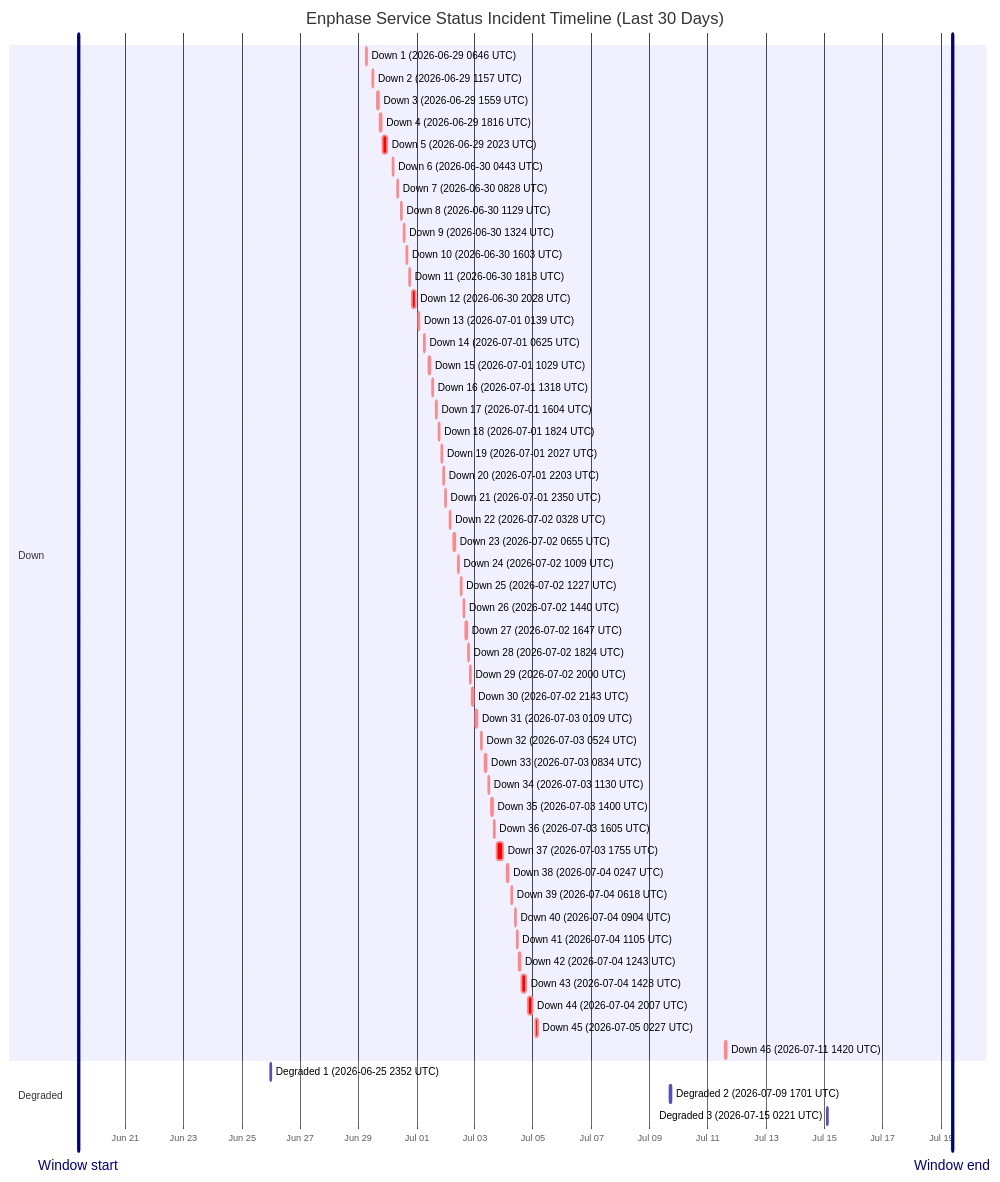
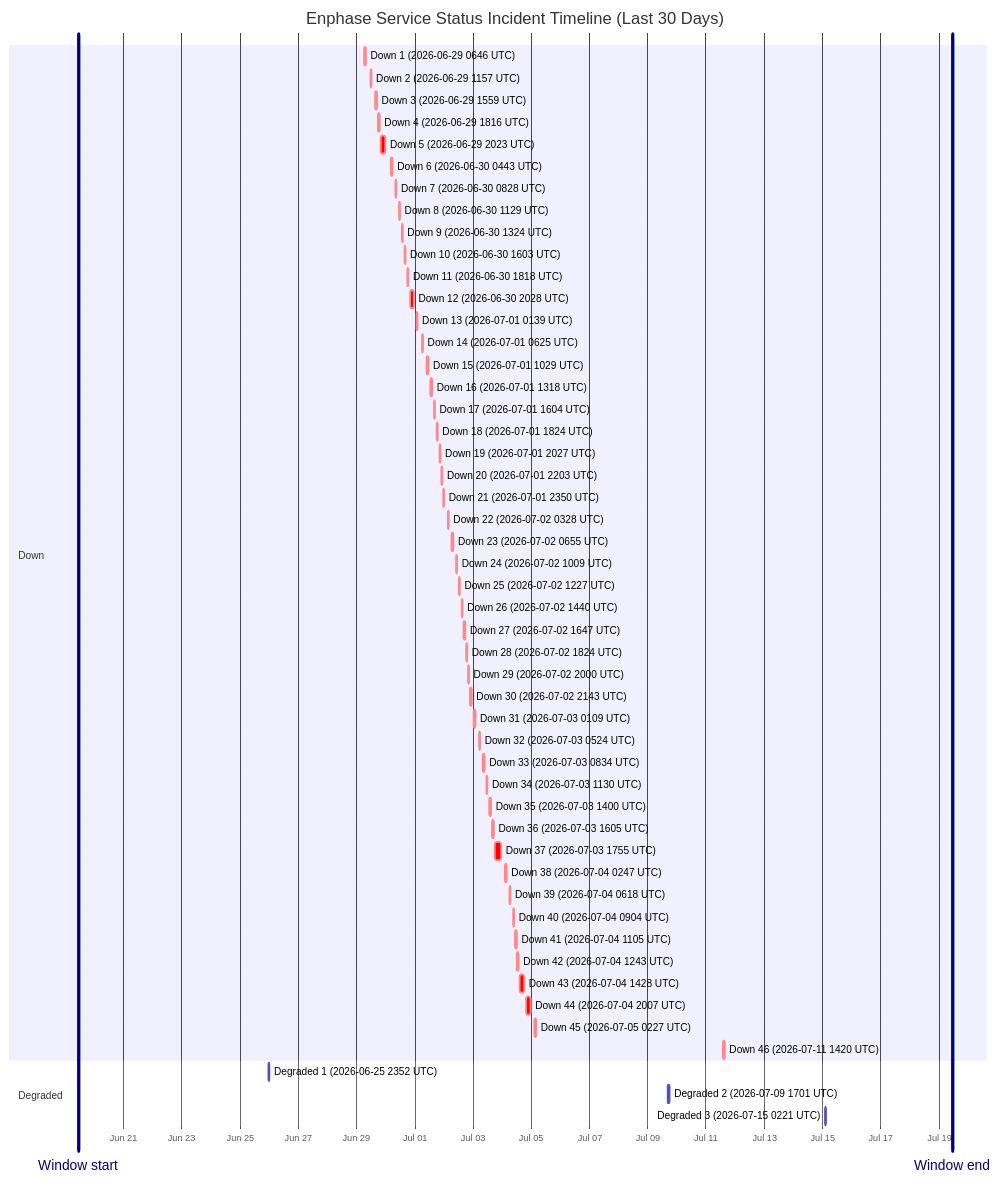
One commit to barneyonline/ha-enphase-energy changed the diagram in wiki/Service-Status-History.md. Above: the diagram before and after it, drawn with Mermaid. The commit also changed other lines of this file and 3 other files, not shown here.

````diff
--- a/wiki/Service-Status-History.md
+++ b/wiki/Service-Status-History.md
@@ -14,59 +14,59 @@
 ```mermaid
 gantt
     title Enphase Service Status Incident Timeline (Last 30 Days)
     dateFormat  YYYY-MM-DDTHH:mm:ss
     axisFormat  %b %d
-    Window start :vert, window-start, 2026-06-19T09:26:13, 0ms
-    Window end :vert, window-end, 2026-07-19T09:26:13, 0ms
+    Window start :vert, window-start, 2026-06-19T10:53:02, 0ms
+    Window end :vert, window-end, 2026-07-19T10:53:02, 0ms
     section Down
     Down 1 (2026-06-29 0646 UTC) :crit, down-1, 2026-06-29T06:46:18, 60m
     Down 2 (2026-06-29 1157 UTC) :crit, down-2, 2026-06-29T11:57:36, 60m
     Down 3 (2026-06-29 1559 UTC) :crit, down-3, 2026-06-29T15:59:02, 60m
     Down 4 (2026-06-29 1816 UTC) :crit, down-4, 2026-06-29T18:16:38, 60m
     Down 5 (2026-06-29 2023 UTC) :crit, down-5, 2026-06-29T20:23:16, 220m
     Down 6 (2026-06-30 0443 UTC) :crit, down-6, 2026-06-30T04:43:54, 60m
     Down 7 (2026-06-30 0828 UTC) :crit, down-7, 2026-06-30T08:28:43, 60m
     Down 8 (2026-06-30 1129 UTC) :crit, down-8, 2026-06-30T11:29:15, 60m
     Down 9 (2026-06-30 1324 UTC) :crit, down-9, 2026-06-30T13:24:25, 60m
     Down 10 (2026-06-30 1603 UTC) :crit, down-10, 2026-06-30T16:03:26, 60m
     Down 11 (2026-06-30 1818 UTC) :crit, down-11, 2026-06-30T18:18:39, 60m
     Down 12 (2026-06-30 2028 UTC) :crit, down-12, 2026-06-30T20:28:54, 171m
     Down 13 (2026-07-01 0139 UTC) :crit, down-13, 2026-07-01T01:39:18, 60m
     Down 14 (2026-07-01 0625 UTC) :crit, down-14, 2026-07-01T06:25:35, 60m
     Down 15 (2026-07-01 1029 UTC) :crit, down-15, 2026-07-01T10:29:24, 60m
     Down 16 (2026-07-01 1318 UTC) :crit, down-16, 2026-07-01T13:18:31, 60m
     Down 17 (2026-07-01 1604 UTC) :crit, down-17, 2026-07-01T16:04:29, 60m
     Down 18 (2026-07-01 1824 UTC) :crit, down-18, 2026-07-01T18:24:21, 60m
     Down 19 (2026-07-01 2027 UTC) :crit, down-19, 2026-07-01T20:27:17, 60m
     Down 20 (2026-07-01 2203 UTC) :crit, down-20, 2026-07-01T22:03:46, 60m
     Down 21 (2026-07-01 2350 UTC) :crit, down-21, 2026-07-01T23:50:52, 60m
     Down 22 (2026-07-02 0328 UTC) :crit, down-22, 2026-07-02T03:28:33, 60m
     Down 23 (2026-07-02 0655 UTC) :crit, down-23, 2026-07-02T06:55:07, 60m
     Down 24 (2026-07-02 1009 UTC) :crit, down-24, 2026-07-02T10:09:15, 60m
     Down 25 (2026-07-02 1227 UTC) :crit, down-25, 2026-07-02T12:27:49, 60m
     Down 26 (2026-07-02 1440 UTC) :crit, down-26, 2026-07-02T14:40:53, 60m
     Down 27 (2026-07-02 1647 UTC) :crit, down-27, 2026-07-02T16:47:47, 60m
     Down 28 (2026-07-02 1824 UTC) :crit, down-28, 2026-07-02T18:24:26, 60m
     Down 29 (2026-07-02 2000 UTC) :crit, down-29, 2026-07-02T20:00:57, 60m
     Down 30 (2026-07-02 2143 UTC) :crit, down-30, 2026-07-02T21:43:52, 80m
     Down 31 (2026-07-03 0109 UTC) :crit, down-31, 2026-07-03T01:09:19, 60m
     Down 32 (2026-07-03 0524 UTC) :crit, down-32, 2026-07-03T05:24:23, 60m
     Down 33 (2026-07-03 0834 UTC) :crit, down-33, 2026-07-03T08:34:05, 60m
     Down 34 (2026-07-03 1130 UTC) :crit, down-34, 2026-07-03T11:30:41, 60m
     Down 35 (2026-07-03 1400 UTC) :crit, down-35, 2026-07-03T14:00:48, 60m
     Down 36 (2026-07-03 1605 UTC) :crit, down-36, 2026-07-03T16:05:49, 60m
     Down 37 (2026-07-03 1755 UTC) :crit, down-37, 2026-07-03T17:55:54, 338m
     Down 38 (2026-07-04 0247 UTC) :crit, down-38, 2026-07-04T02:47:22, 60m
     Down 39 (2026-07-04 0618 UTC) :crit, down-39, 2026-07-04T06:18:09, 60m
     Down 40 (2026-07-04 0904 UTC) :crit, down-40, 2026-07-04T09:04:41, 60m
     Down 41 (2026-07-04 1105 UTC) :crit, down-41, 2026-07-04T11:05:21, 60m
     Down 42 (2026-07-04 1243 UTC) :crit, down-42, 2026-07-04T12:43:25, 60m
     Down 43 (2026-07-04 1428 UTC) :crit, down-43, 2026-07-04T14:28:07, 243m
     Down 44 (2026-07-04 2007 UTC) :crit, down-44, 2026-07-04T20:07:50, 206m
     Down 45 (2026-07-05 0227 UTC) :crit, down-45, 2026-07-05T02:27:32, 109m
     Down 46 (2026-07-11 1420 UTC) :crit, down-46, 2026-07-11T14:20:54, 69m
     section Degraded
     Degraded 1 (2026-06-25 2352 UTC) :active, degraded-1, 2026-06-25T23:52:01, 60m
     Degraded 2 (2026-07-09 1701 UTC) :active, degraded-2, 2026-07-09T17:01:02, 60m
     Degraded 3 (2026-07-15 0221 UTC) :active, degraded-3, 2026-07-15T02:21:35, 60m
 ```
````
